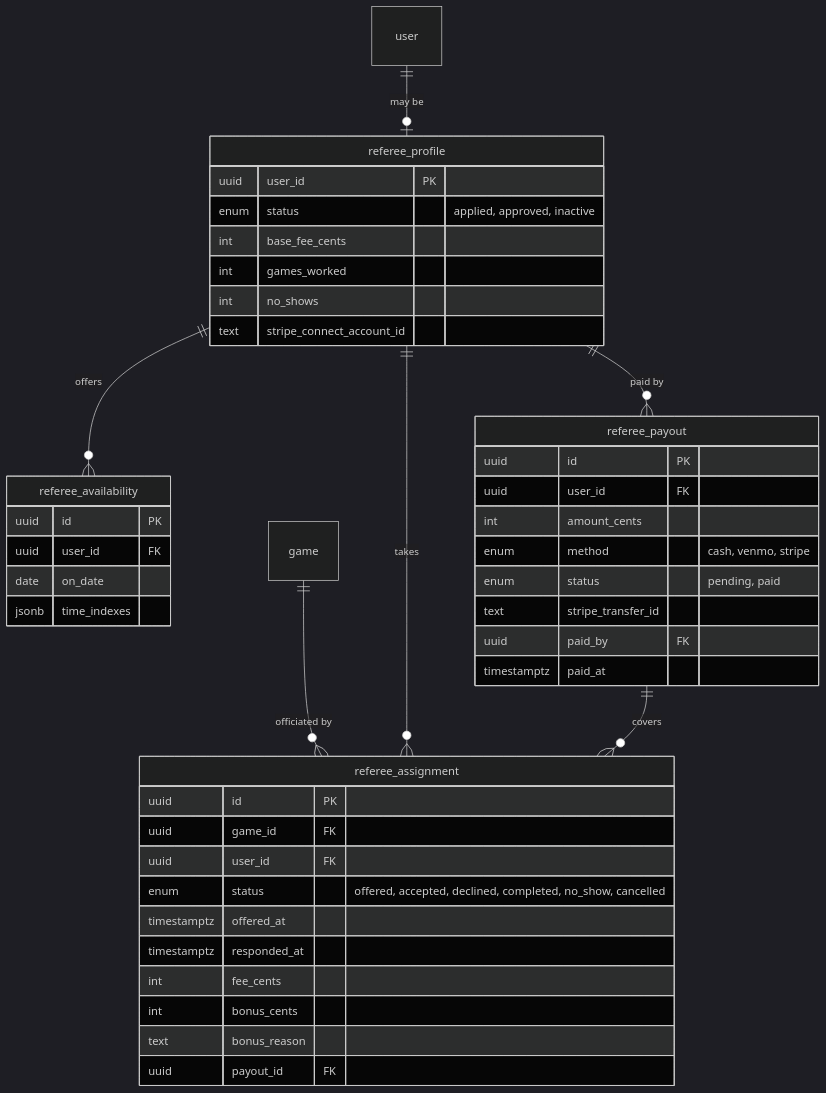
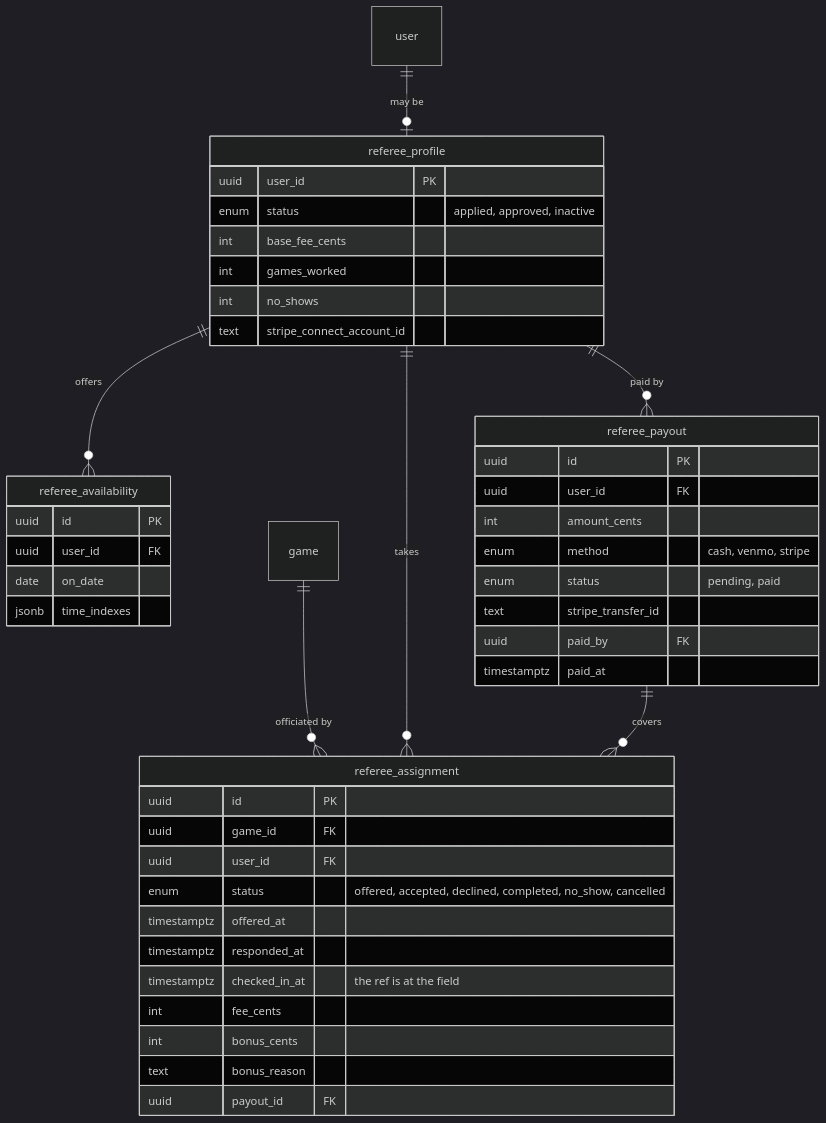
Before and after one commit to michael-fesselmeyer/kickball-league: the sixth of 9 diagrams in docs/data-model.md, drawn with Mermaid (dark theme). The commit also changed other lines of this file and 4 other files, not shown here.

````diff
--- a/docs/data-model.md
+++ b/docs/data-model.md
@@ -1165,46 +1165,47 @@
 ```mermaid
 erDiagram
   user ||--o| referee_profile : "may be"
   referee_profile ||--o{ referee_availability : offers
   game ||--o{ referee_assignment : "officiated by"
   referee_profile ||--o{ referee_assignment : takes
   referee_profile ||--o{ referee_payout : "paid by"
   referee_payout ||--o{ referee_assignment : covers
 
   referee_profile {
     uuid user_id PK
     enum status "applied, approved, inactive"
     int base_fee_cents
     int games_worked
     int no_shows
     text stripe_connect_account_id
   }
   referee_availability {
     uuid id PK
     uuid user_id FK
     date on_date
     jsonb time_indexes
   }
   referee_assignment {
     uuid id PK
     uuid game_id FK
     uuid user_id FK
     enum status "offered, accepted, declined, completed, no_show, cancelled"
     timestamptz offered_at
     timestamptz responded_at
+    timestamptz checked_in_at "the ref is at the field"
     int fee_cents
     int bonus_cents
     text bonus_reason
     uuid payout_id FK
   }
   referee_payout {
     uuid id PK
     uuid user_id FK
     int amount_cents
     enum method "cash, venmo, stripe"
     enum status "pending, paid"
     text stripe_transfer_id
     uuid paid_by FK
     timestamptz paid_at
   }
 ```
````
